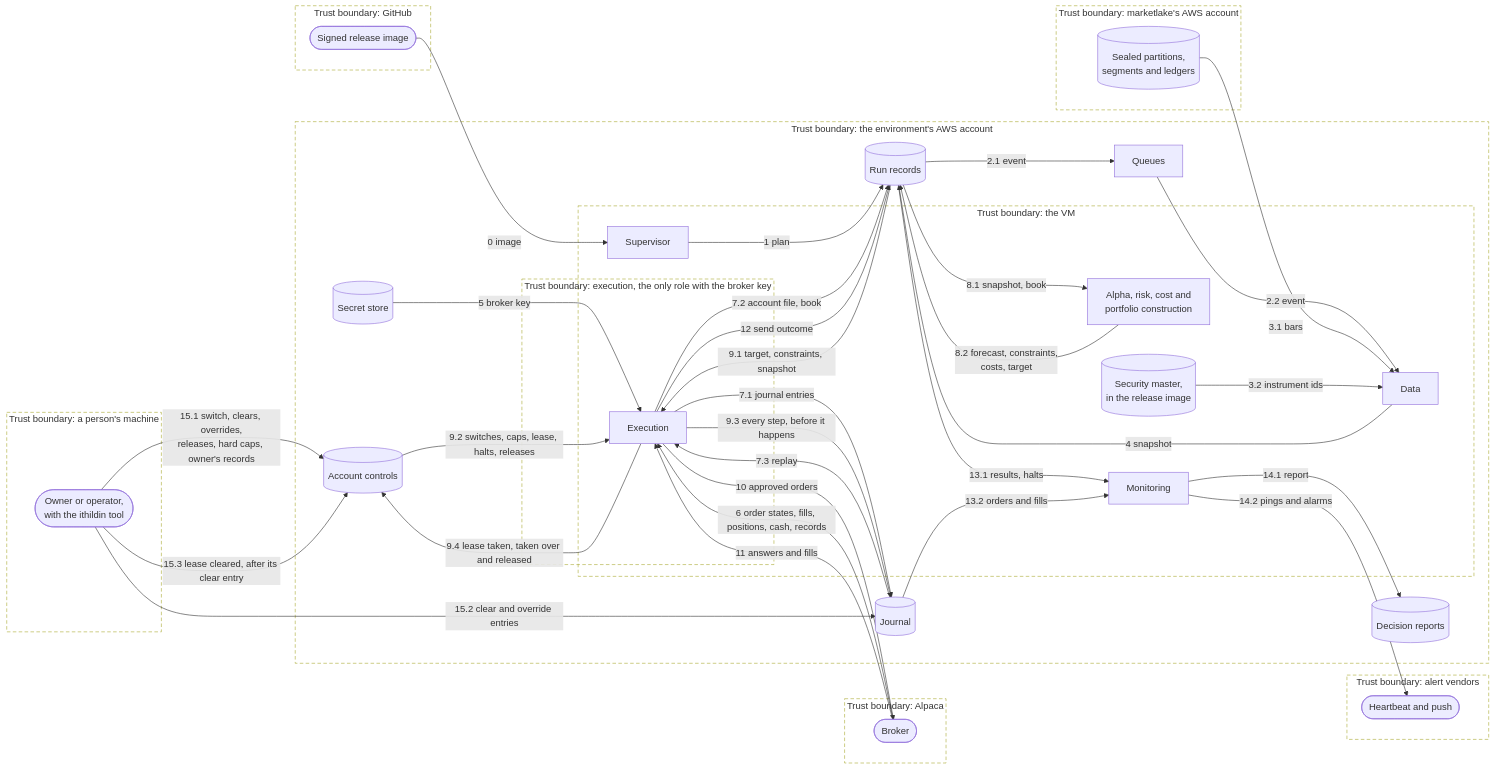
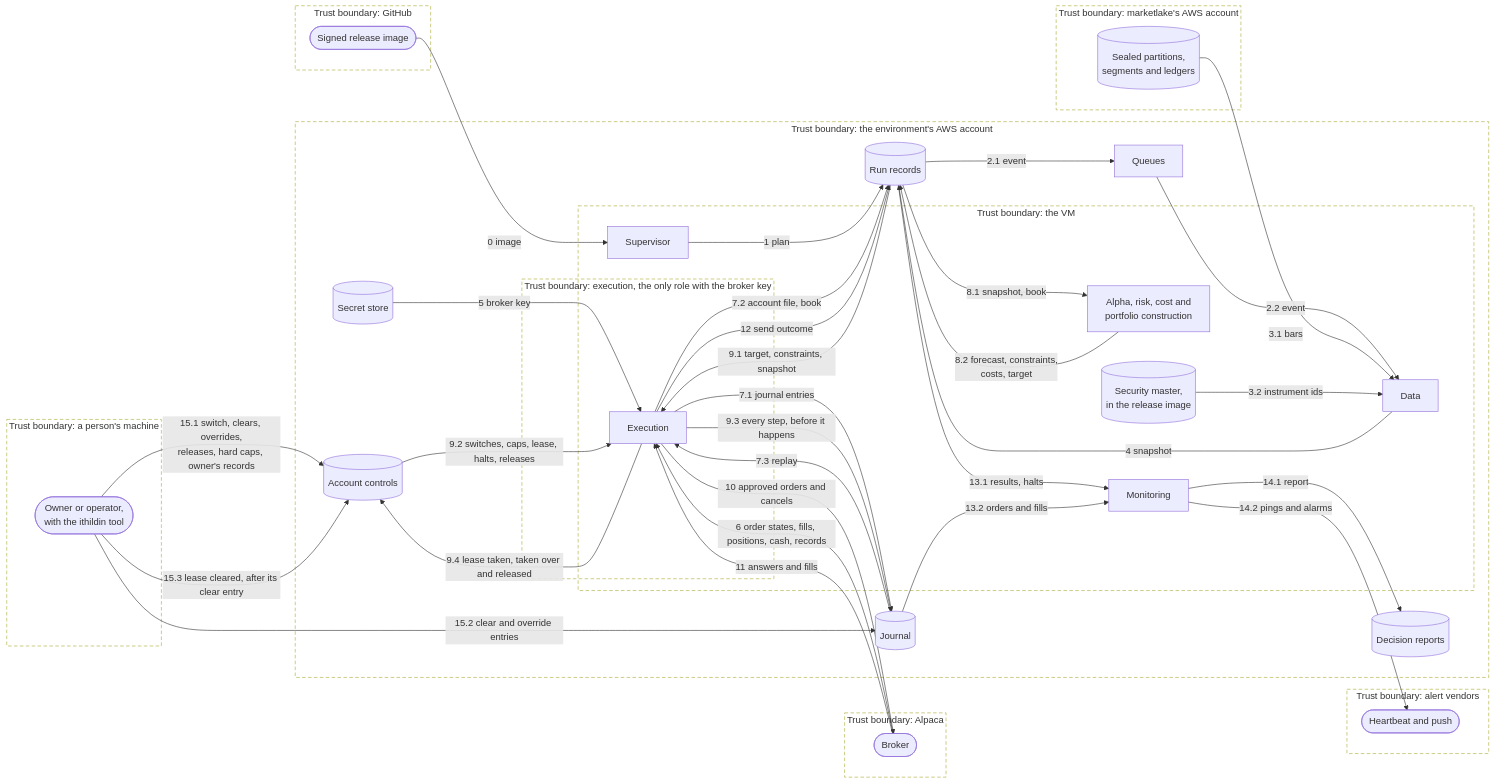
One commit to l3a0/ithildin-runtime changed the first of 17 diagrams in docs/architecture/06-runtime.md. Above: the diagram before and after it, drawn with Mermaid. The commit also changed other lines of this file and 13 other files, not shown here.

First line of the commit message:
docs: apply round 1 of a review of the merged slice 1 architecture and design

````diff
--- a/docs/architecture/06-runtime.md
+++ b/docs/architecture/06-runtime.md
@@ -47,68 +47,68 @@
 ```mermaid
 flowchart LR
     subgraph tb_person["Trust boundary: a person's machine"]
         person(["Owner or operator,<br/>with the ithildin tool"])
     end
     subgraph tb_github["Trust boundary: GitHub"]
         registry(["Signed release image"])
     end
     subgraph tb_marketlake["Trust boundary: marketlake's AWS account"]
         lake[("Sealed partitions,<br/>segments and ledgers")]
     end
     subgraph tb_broker["Trust boundary: Alpaca"]
         brokerx(["Broker"])
     end
     subgraph tb_alert["Trust boundary: alert vendors"]
         alert(["Heartbeat and push"])
     end
     subgraph tb_account["Trust boundary: the environment's AWS account"]
         subgraph tb_vm["Trust boundary: the VM"]
             sup["Supervisor"]
             data["Data"]
             models["Alpha, risk, cost and<br/>portfolio construction"]
             mon["Monitoring"]
             d2[("Security master,<br/>in the release image")]
             subgraph tb_exec["Trust boundary: execution, the only role with the broker key"]
                 exec["Execution"]
             end
         end
         queue["Queues"]
         secret[("Secret store")]
         d1[("Run records")]
         d3[("Journal")]
         d4[("Decision reports")]
         d5[("Account controls")]
     end
 
     registry -->|"0 image"| sup
     sup -->|"1 plan"| d1
     d1 -->|"2.1 event"| queue
     queue -->|"2.2 event"| data
     lake -->|"3.1 bars"| data
     d2 -->|"3.2 instrument ids"| data
     data -->|"4 snapshot"| d1
     secret -->|"5 broker key"| exec
     brokerx -->|"6 order states, fills, positions, cash, records"| exec
     exec -->|"7.1 journal entries"| d3
     exec -->|"7.2 account file, book"| d1
     d3 -->|"7.3 replay"| exec
     d1 -->|"8.1 snapshot, book"| models
     models -->|"8.2 forecast, constraints,<br/>costs, target"| d1
     d1 -->|"9.1 target, constraints, snapshot"| exec
     d5 -->|"9.2 switches, caps, lease, halts, releases"| exec
     exec -->|"9.3 every step, before it happens"| d3
     exec -->|"9.4 lease taken, taken over and released"| d5
-    exec -->|"10 approved orders"| brokerx
+    exec -->|"10 approved orders and cancels"| brokerx
     brokerx -->|"11 answers and fills"| exec
     exec -->|"12 send outcome"| d1
     d1 -->|"13.1 results, halts"| mon
     d3 -->|"13.2 orders and fills"| mon
     mon -->|"14.1 report"| d4
     mon -->|"14.2 pings and alarms"| alert
     person -->|"15.1 switch, clears, overrides,<br/>releases, hard caps, owner's records"| d5
     person -->|"15.2 clear and override entries"| d3
     person -->|"15.3 lease cleared, after its clear entry"| d5
 
     classDef boundary fill:none,stroke-dasharray:6 4
     class tb_person,tb_github,tb_marketlake,tb_broker,tb_alert,tb_account,tb_vm,tb_exec boundary
 ```
````
